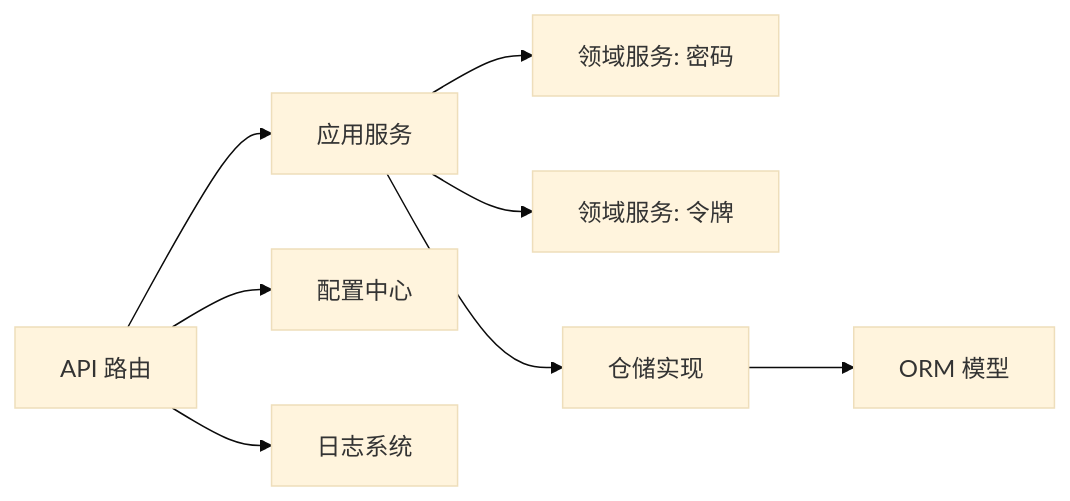
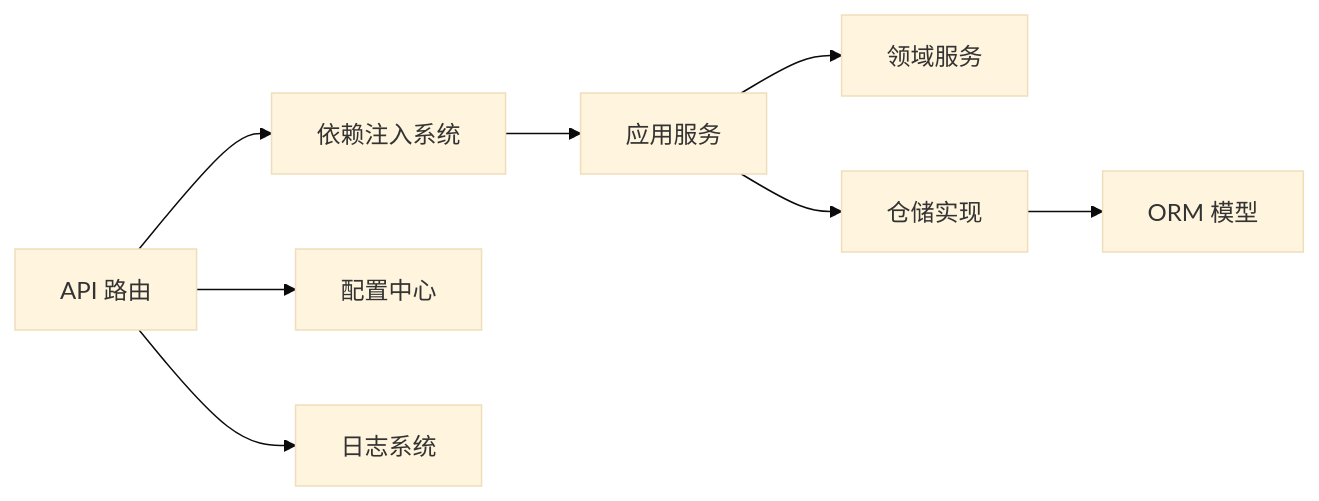
Before and after one commit to taoweidong/Hello-FastApi: the fifth of 5 diagrams in .qoder/repowiki/zh/content/后端架构设计/后端架构设计.md, drawn with Mermaid (base theme). The commit also changed other lines of this file and 18 other files, not shown here.

````diff
--- a/.qoder/repowiki/zh/content/后端架构设计/后端架构设计.md
+++ b/.qoder/repowiki/zh/content/后端架构设计/后端架构设计.md
@@ -238,10 +260,10 @@
 ```mermaid
 graph LR
-API["API 路由"] --> SVC["应用服务"]
-SVC --> DOM1["领域服务: 密码"]
-SVC --> DOM2["领域服务: 令牌"]
+API["API 路由"] --> DEP["依赖注入系统"]
+DEP --> SVC["应用服务"]
+SVC --> DOM["领域服务"]
 SVC --> REP["仓储实现"]
 REP --> ORM["ORM 模型"]
 API --> CFG["配置中心"]
 API --> LOG["日志系统"]
 ```
````
